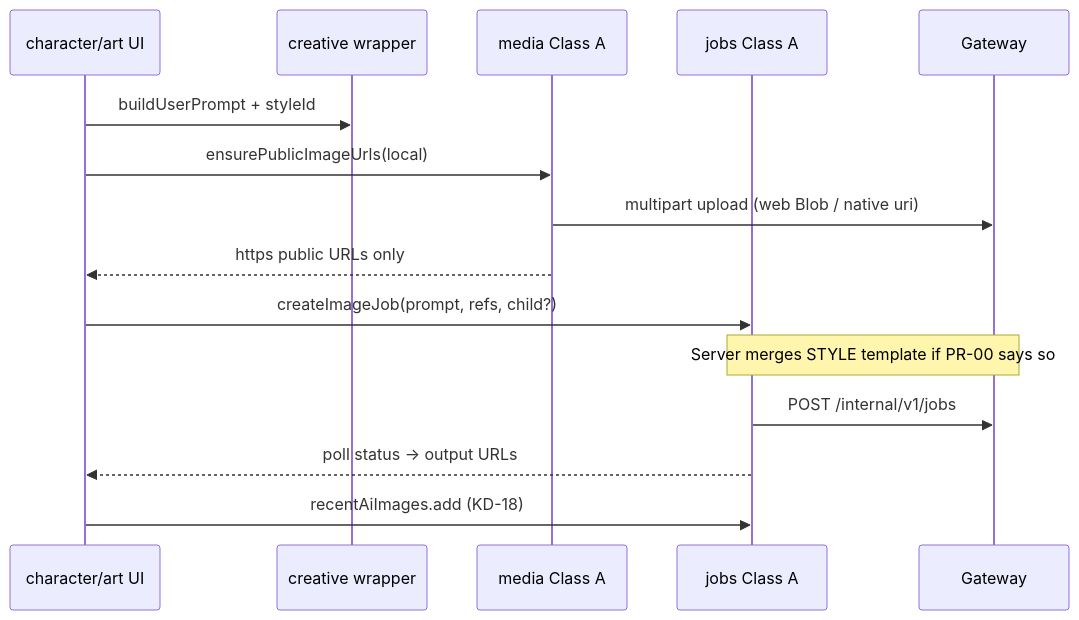
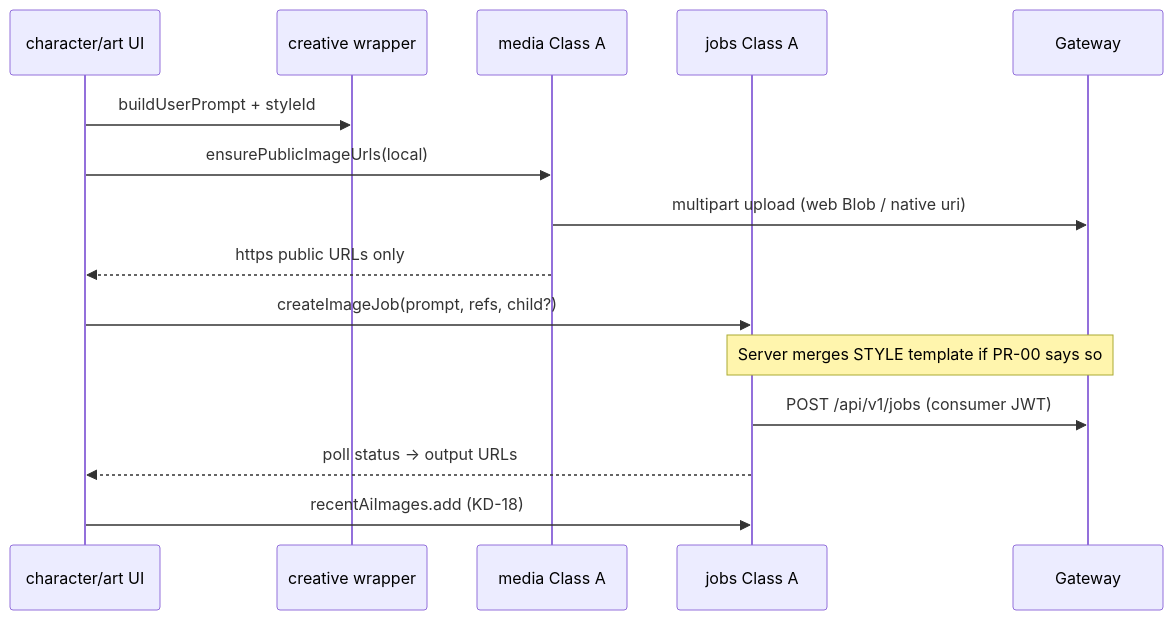
Before and after one commit to phqhuong0515/AIkid: the third of 4 diagrams in docs/DESIGN_AIKID_FEATURE_REFACTOR.md, drawn with Mermaid. The commit also changed other lines of this file and 1 other file, not shown here.

Commit message:
fix(comic): align batch API contract

````diff
--- a/docs/DESIGN_AIKID_FEATURE_REFACTOR.md
+++ b/docs/DESIGN_AIKID_FEATURE_REFACTOR.md
@@ -243,18 +243,18 @@
 ```mermaid
 sequenceDiagram
   participant UI as character/art UI
   participant Wrap as creative wrapper
   participant Media as media Class A
   participant Jobs as jobs Class A
   participant GW as Gateway
 
   UI->>Wrap: buildUserPrompt + styleId
   UI->>Media: ensurePublicImageUrls(local)
   Media->>GW: multipart upload (web Blob / native uri)
   Media-->>UI: https public URLs only
   UI->>Jobs: createImageJob(prompt, refs, child?)
   Note over Jobs,GW: Server merges STYLE template if PR-00 says so
-  Jobs->>GW: POST /internal/v1/jobs
+  Jobs->>GW: POST /api/v1/jobs (consumer JWT)
   Jobs-->>UI: poll status → output URLs
   UI->>Jobs: recentAiImages.add (KD-18)
 ```
````
